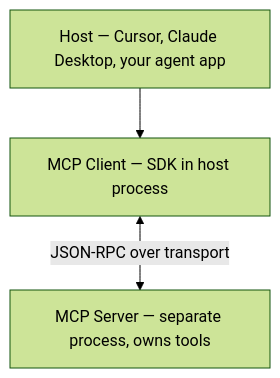
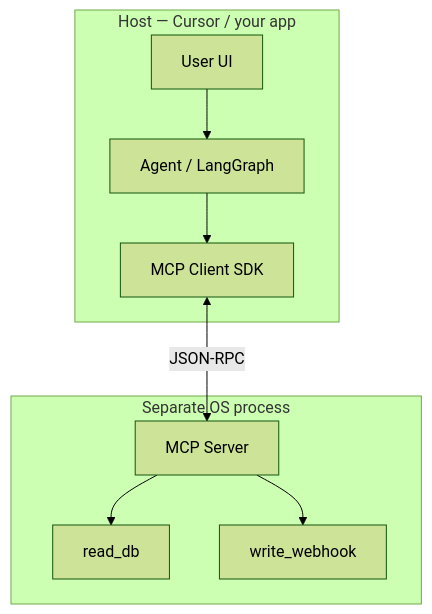
One commit to codevoks/Learning changed the first of 2 diagrams in AI/AI Development/modules/08-mcp/MODULE.md. Above: the diagram before and after it, drawn with Mermaid (forest theme). The commit also changed other lines of this file and 32 other files, not shown here.

````diff
--- a/AI/AI Development/modules/08-mcp/MODULE.md
+++ b/AI/AI Development/modules/08-mcp/MODULE.md
@@ -78,8 +177,18 @@
 ```mermaid
 flowchart TB
-    Host["Host — Cursor, Claude Desktop, your agent app"]
-    Client["MCP Client — SDK in host process"]
-    Server["MCP Server — separate process, owns tools"]
-    Host --> Client
-    Client <-->|JSON-RPC over transport| Server
+    subgraph host["Host — Cursor / your app"]
+        UI[User UI]
+        Orch[Agent / LangGraph]
+        Client[MCP Client SDK]
+    end
+  subgraph server_proc["Separate OS process"]
+        S[MCP Server]
+        T1[read_db]
+        T2[write_webhook]
+    end
+    UI --> Orch
+    Orch --> Client
+    Client <-->|JSON-RPC| S
+    S --> T1
+    S --> T2
 ```
````
